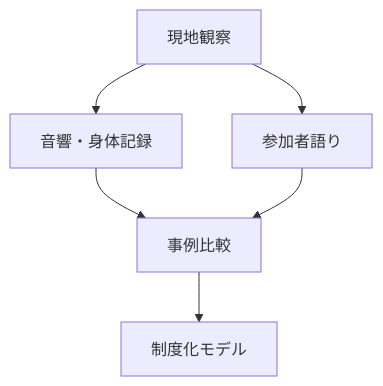
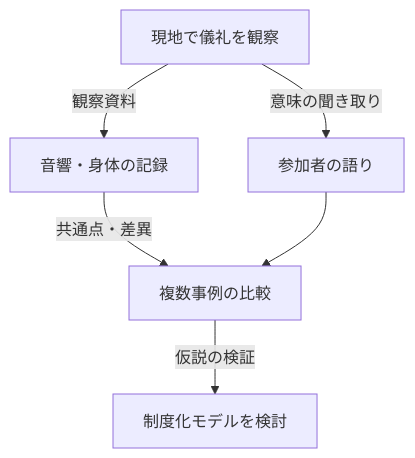
The second of 2 diagrams in articles/report/music-trance-ritual-origin-religion/ja/index.mdx (daylight55/research), drawn with Mermaid before and after one commit. The commit also changed other lines of this file and 181 other files, not shown here.

First line of the commit message:
全記事の図解368点を再生成し、共通注意書きを削除 (#402)

````diff
--- a/articles/report/music-trance-ritual-origin-religion/ja/index.mdx
+++ b/articles/report/music-trance-ritual-origin-religion/ja/index.mdx
@@ -132,8 +139,15 @@
 ```mermaid
 flowchart TD
-  Field["現地観察"] --> Sound["音響・身体記録"]
-  Field --> Interview["参加者語り"]
-  Sound --> Compare["事例比較"]
-  Interview --> Compare
-  Compare --> Theory["制度化モデル"]
+  accTitle: 儀礼を音響・身体・参加者の語りで比較する
+  accDescr: 現地観察の記録と参加者の解釈を合わせ、事例間の共通点と差異からモデルを検討する。
+  N0["現地で儀礼を観察"]
+  N1["音響・身体の記録"]
+  N2["参加者の語り"]
+  N3["複数事例の比較"]
+  N4["制度化モデルを検討"]
+  N0 -->|観察資料| N1
+  N0 -->|意味の聞き取り| N2
+  N1 -->|共通点・差異| N3
+  N2 --> N3
+  N3 -->|仮説の検証| N4
 ```
````
